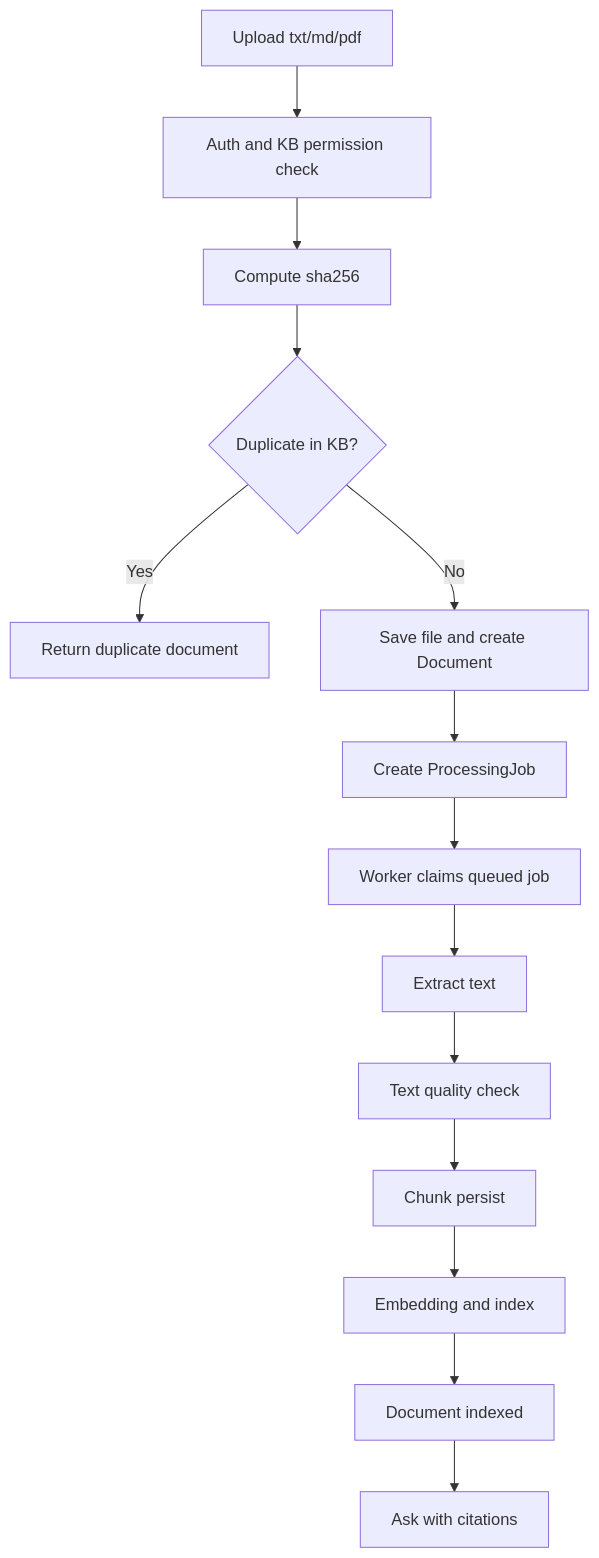
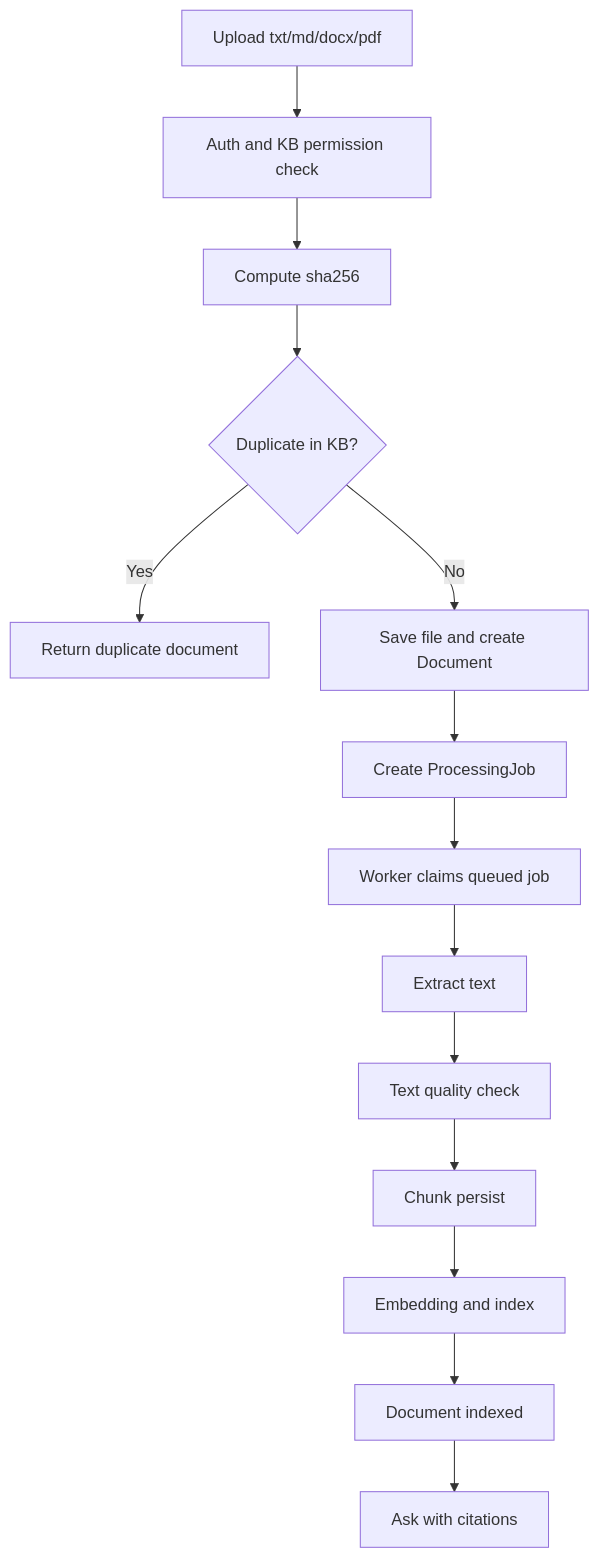
Before and after one commit to pmk915/purelink: the second of 3 diagrams in README.md, drawn with Mermaid. The commit also changed other lines of this file and 21 other files, not shown here.

````diff
--- a/README.md
+++ b/README.md
@@ -267,16 +267,16 @@
 ```mermaid
 flowchart TD
-  A[Upload txt/md/pdf] --> B[Auth and KB permission check]
+  A[Upload txt/md/docx/pdf] --> B[Auth and KB permission check]
   B --> C[Compute sha256]
   C --> D{Duplicate in KB?}
   D -->|Yes| E[Return duplicate document]
   D -->|No| F[Save file and create Document]
   F --> G[Create ProcessingJob]
   G --> H[Worker claims queued job]
   H --> I[Extract text]
   I --> J[Text quality check]
   J --> K[Chunk persist]
   K --> L[Embedding and index]
   L --> M[Document indexed]
   M --> N[Ask with citations]
 ```
````
